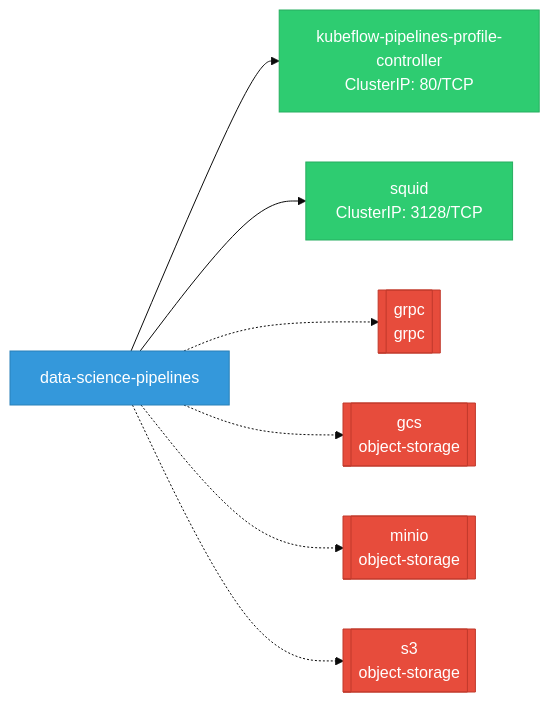
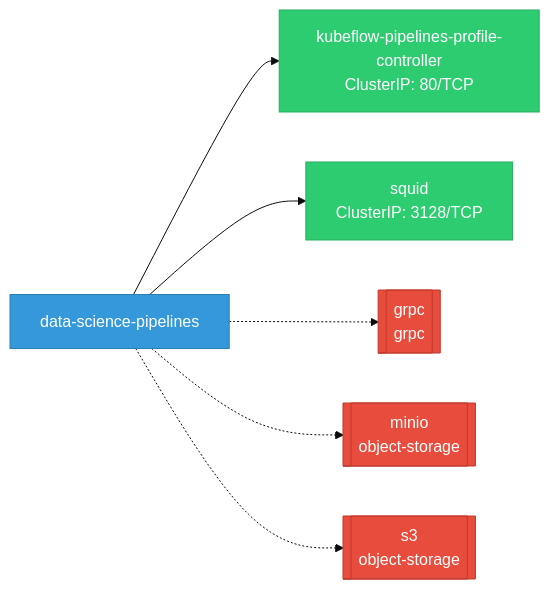
One commit to ugiordan/architecture-analyzer changed the first of 2 diagrams in site/docs/rhoai-platform/components/data_science_pipelines/network.md. Above: the diagram before and after it, drawn with Mermaid (base theme). The commit also changed other lines of this file and 299 other files, not shown here.

````diff
--- a/site/docs/rhoai-platform/components/data_science_pipelines/network.md
+++ b/site/docs/rhoai-platform/components/data_science_pipelines/network.md
@@ -5,15 +5,14 @@
 ```mermaid
 graph LR
     classDef svc fill:#2ecc71,stroke:#27ae60,color:#fff
     classDef test fill:#95a5a6,stroke:#7f8c8d,color:#fff
     classDef component fill:#3498db,stroke:#2980b9,color:#fff
     classDef ext fill:#e74c3c,stroke:#c0392b,color:#fff
 
     data_science_pipelines["data-science-pipelines"]:::component
     data_science_pipelines --> svc_0["kubeflow-pipelines-profile-controller\nClusterIP: 80/TCP"]:::svc
     data_science_pipelines --> svc_1["squid\nClusterIP: 3128/TCP"]:::svc
     data_science_pipelines -.-> ext_grpc[["grpc\ngrpc"]]:::ext
-    data_science_pipelines -.-> ext_gcs[["gcs\nobject-storage"]]:::ext
     data_science_pipelines -.-> ext_minio[["minio\nobject-storage"]]:::ext
     data_science_pipelines -.-> ext_s3[["s3\nobject-storage"]]:::ext
 ```
````
